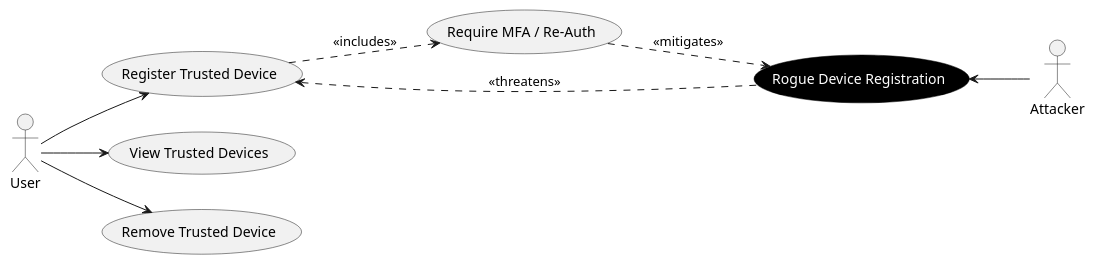
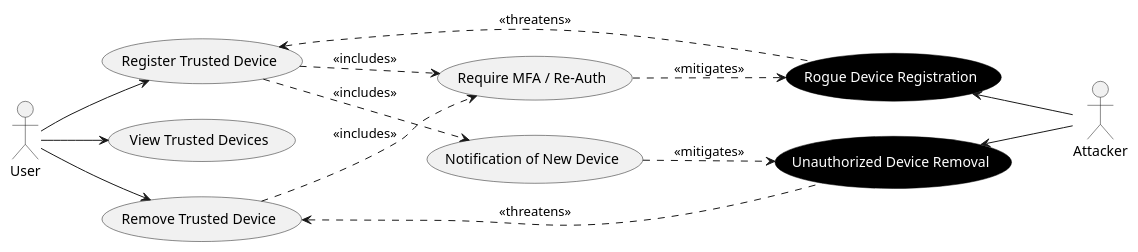
The diagram in Phase1/images/abuse-cases/trusted-device/trusted_device_management-abuse-case.puml (mei-desofs/desofs2026_thu_ffs_2), drawn with PlantUML before and after one commit. The commit also changed 13 other files, not shown here.

Commit message:
G - #6 - Update abuse case diagrams

```diff
--- a/Phase1/images/abuse-cases/trusted-device/trusted_device_management-abuse-case.puml
+++ b/Phase1/images/abuse-cases/trusted-device/trusted_device_management-abuse-case.puml
@@ -1,36 +1,41 @@
 @startuml
 left to right direction
-
 hide stereotype
 skinparam defaultTextAlignment center
 
 skinparam usecase {
     BackgroundColor<<Abuse>> Black
     FontColor<<Abuse>> White
     BorderColor<<Abuse>> Black
 }
 
 actor "User" as User
 actor "Attacker" as Attacker
 
 usecase "Register Trusted Device" as UC_Register
 usecase "View Trusted Devices" as UC_View
 usecase "Remove Trusted Device" as UC_Remove
 
 usecase "Require MFA / Re-Auth" as UC_RequireMFA
+usecase "Notification of New Device" as UC_Notify
 
 usecase "Rogue Device Registration" as AC_Rogue <<Abuse>>
+usecase "Unauthorized Device Removal" as AC_RemoveLegit <<Abuse>>
 
 User --> UC_Register
 User --> UC_View
 User --> UC_Remove
 
 UC_Register ..> UC_RequireMFA : <<includes>>
+UC_Register ..> UC_Notify : <<includes>>
+UC_Remove ..> UC_RequireMFA : <<includes>>
 
 UC_RequireMFA ..> AC_Rogue : <<mitigates>>
+UC_Notify ..> AC_RemoveLegit : <<mitigates>>
 
 UC_Register <.. AC_Rogue : <<threatens>>
+UC_Remove <.. AC_RemoveLegit : <<threatens>>
 
 AC_Rogue <-- Attacker
-
+AC_RemoveLegit <-- Attacker
 @enduml
```
